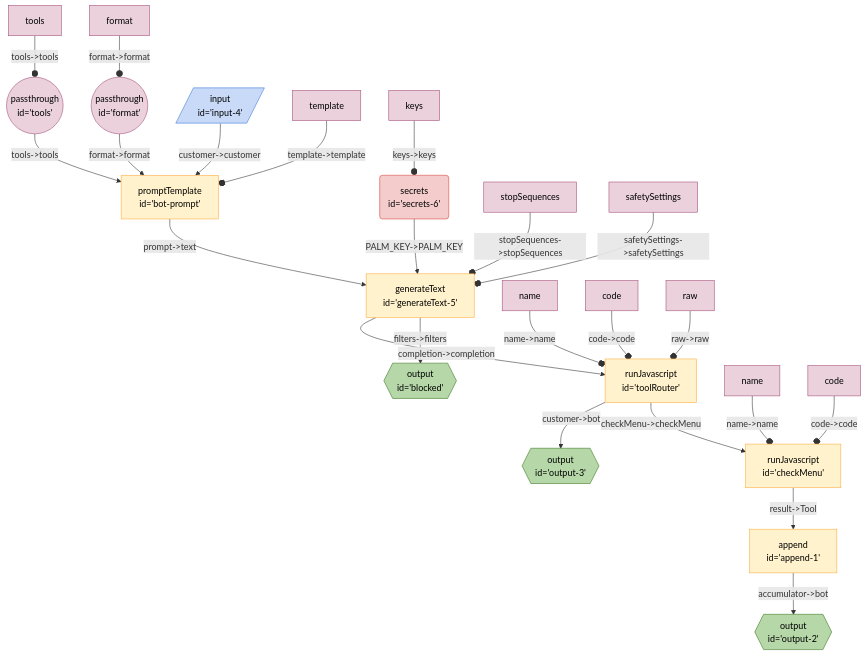
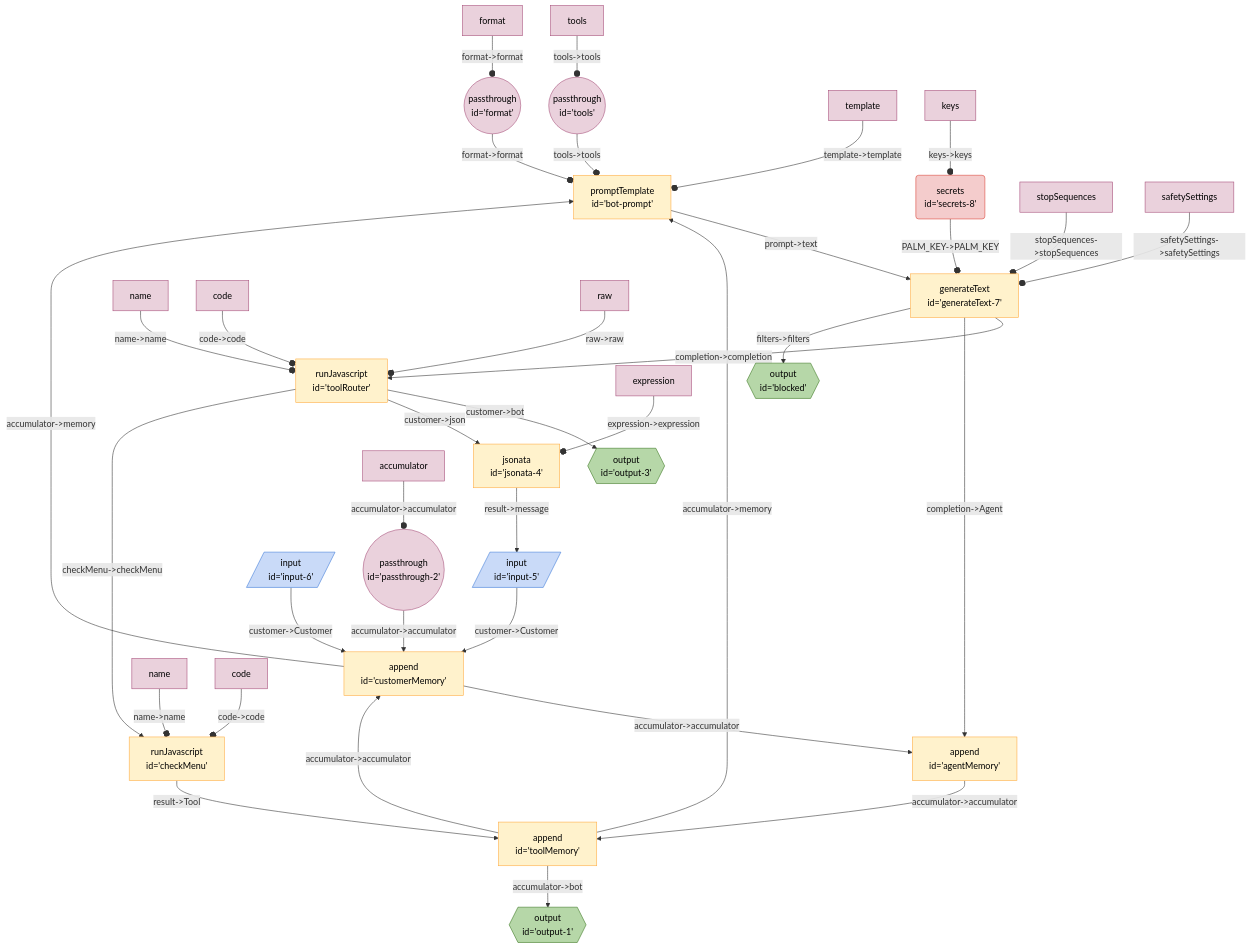
The diagram in seeds/coffe-bot-board/docs/coffee-bot-v2.md (breadboard-ai/breadboard), drawn with Mermaid before and after one commit. The commit also changed 4 other files, not shown here.

````diff
--- a/seeds/coffe-bot-board/docs/coffee-bot-v2.md
+++ b/seeds/coffe-bot-board/docs/coffee-bot-v2.md
@@ -3,34 +3,46 @@
 ```mermaid
 %%{init: 'themeVariables': { 'fontFamily': 'Fira Code, monospace' }}%%
 graph TD;
-tools(("passthrough <br> id='tools'")):::passthrough -- "tools->tools" --> botprompt["promptTemplate <br> id='bot-prompt'"]
-format(("passthrough <br> id='format'")):::passthrough -- "format->format" --> botprompt["promptTemplate <br> id='bot-prompt'"]
-append1["append <br> id='append-1'"] -- "accumulator->bot" --> output2{{"output <br> id='output-2'"}}:::output
-checkMenu["runJavascript <br> id='checkMenu'"] -- "result->Tool" --> append1["append <br> id='append-1'"]
+tools(("passthrough <br> id='tools'")):::passthrough -- "tools->tools" --o botprompt["promptTemplate <br> id='bot-prompt'"]
+format(("passthrough <br> id='format'")):::passthrough -- "format->format" --o botprompt["promptTemplate <br> id='bot-prompt'"]
+toolMemory["append <br> id='toolMemory'"] -- "accumulator->bot" --> output1{{"output <br> id='output-1'"}}:::output
+agentMemory["append <br> id='agentMemory'"] -- "accumulator->accumulator" --> toolMemory["append <br> id='toolMemory'"]
+passthrough2(("passthrough <br> id='passthrough-2'")):::passthrough -- "accumulator->accumulator" --> customerMemory["append <br> id='customerMemory'"]
+customerMemory["append <br> id='customerMemory'"] -- "accumulator->accumulator" --> agentMemory["append <br> id='agentMemory'"]
+toolMemory["append <br> id='toolMemory'"] -- "accumulator->accumulator" --> customerMemory["append <br> id='customerMemory'"]
+customerMemory["append <br> id='customerMemory'"] -- "accumulator->memory" --> botprompt["promptTemplate <br> id='bot-prompt'"]
+toolMemory["append <br> id='toolMemory'"] -- "accumulator->memory" --> botprompt["promptTemplate <br> id='bot-prompt'"]
+checkMenu["runJavascript <br> id='checkMenu'"] -- "result->Tool" --> toolMemory["append <br> id='toolMemory'"]
 toolRouter["runJavascript <br> id='toolRouter'"] -- "customer->bot" --> output3{{"output <br> id='output-3'"}}:::output
+input5[/"input <br> id='input-5'"/]:::input -- "customer->Customer" --> customerMemory["append <br> id='customerMemory'"]
+jsonata4["jsonata <br> id='jsonata-4'"] -- "result->message" --> input5[/"input <br> id='input-5'"/]:::input
+toolRouter["runJavascript <br> id='toolRouter'"] -- "customer->json" --> jsonata4["jsonata <br> id='jsonata-4'"]
 toolRouter["runJavascript <br> id='toolRouter'"] -- "checkMenu->checkMenu" --> checkMenu["runJavascript <br> id='checkMenu'"]
-generateText5["generateText <br> id='generateText-5'"] -- "completion->completion" --> toolRouter["runJavascript <br> id='toolRouter'"]
-generateText5["generateText <br> id='generateText-5'"] -- "filters->filters" --> blocked{{"output <br> id='blocked'"}}:::output
-secrets6("secrets <br> id='secrets-6'"):::secrets -- "PALM_KEY->PALM_KEY" --> generateText5["generateText <br> id='generateText-5'"]
-botprompt["promptTemplate <br> id='bot-prompt'"] -- "prompt->text" --> generateText5["generateText <br> id='generateText-5'"]
-input4[/"input <br> id='input-4'"/]:::input -- "customer->customer" --> botprompt["promptTemplate <br> id='bot-prompt'"]
+input6[/"input <br> id='input-6'"/]:::input -- "customer->Customer" --> customerMemory["append <br> id='customerMemory'"]
+generateText7["generateText <br> id='generateText-7'"] -- "completion->completion" --> toolRouter["runJavascript <br> id='toolRouter'"]
+generateText7["generateText <br> id='generateText-7'"] -- "completion->Agent" --> agentMemory["append <br> id='agentMemory'"]
+generateText7["generateText <br> id='generateText-7'"] -- "filters->filters" --> blocked{{"output <br> id='blocked'"}}:::output
+secrets8("secrets <br> id='secrets-8'"):::secrets -- "PALM_KEY->PALM_KEY" --o generateText7["generateText <br> id='generateText-7'"]
+botprompt["promptTemplate <br> id='bot-prompt'"] -- "prompt->text" --> generateText7["generateText <br> id='generateText-7'"]
 templatebotprompt[template]:::config -- "template->template" --o botprompt
 toolstools[tools]:::config -- "tools->tools" --o tools
 formatformat[format]:::config -- "format->format" --o format
+accumulatorpassthrough2[accumulator]:::config -- "accumulator->accumulator" --o passthrough2
 namecheckMenu[name]:::config -- "name->name" --o checkMenu
 codecheckMenu[code]:::config -- "code->code" --o checkMenu
 nametoolRouter[name]:::config -- "name->name" --o toolRouter
 codetoolRouter[code]:::config -- "code->code" --o toolRouter
 rawtoolRouter[raw]:::config -- "raw->raw" --o toolRouter
-stopSequencesgenerateText5[stopSequences]:::config -- "stopSequences->stopSequences" --o generateText5
-safetySettingsgenerateText5[safetySettings]:::config -- "safetySettings->safetySettings" --o generateText5
-keyssecrets6[keys]:::config -- "keys->keys" --o secrets6
+expressionjsonata4[expression]:::config -- "expression->expression" --o jsonata4
+stopSequencesgenerateText7[stopSequences]:::config -- "stopSequences->stopSequences" --o generateText7
+safetySettingsgenerateText7[safetySettings]:::config -- "safetySettings->safetySettings" --o generateText7
+keyssecrets8[keys]:::config -- "keys->keys" --o secrets8
 classDef default stroke:#ffab40,fill:#fff2ccff,color:#000
 classDef input stroke:#3c78d8,fill:#c9daf8ff,color:#000
 classDef output stroke:#38761d,fill:#b6d7a8ff,color:#000
 classDef passthrough stroke:#a64d79,fill:#ead1dcff,color:#000
 classDef slot stroke:#a64d79,fill:#ead1dcff,color:#000
 classDef config stroke:#a64d79,fill:#ead1dcff,color:#000
 classDef secrets stroke:#db4437,fill:#f4cccc,color:#000
 classDef slotted stroke:#a64d79
 ```
````
